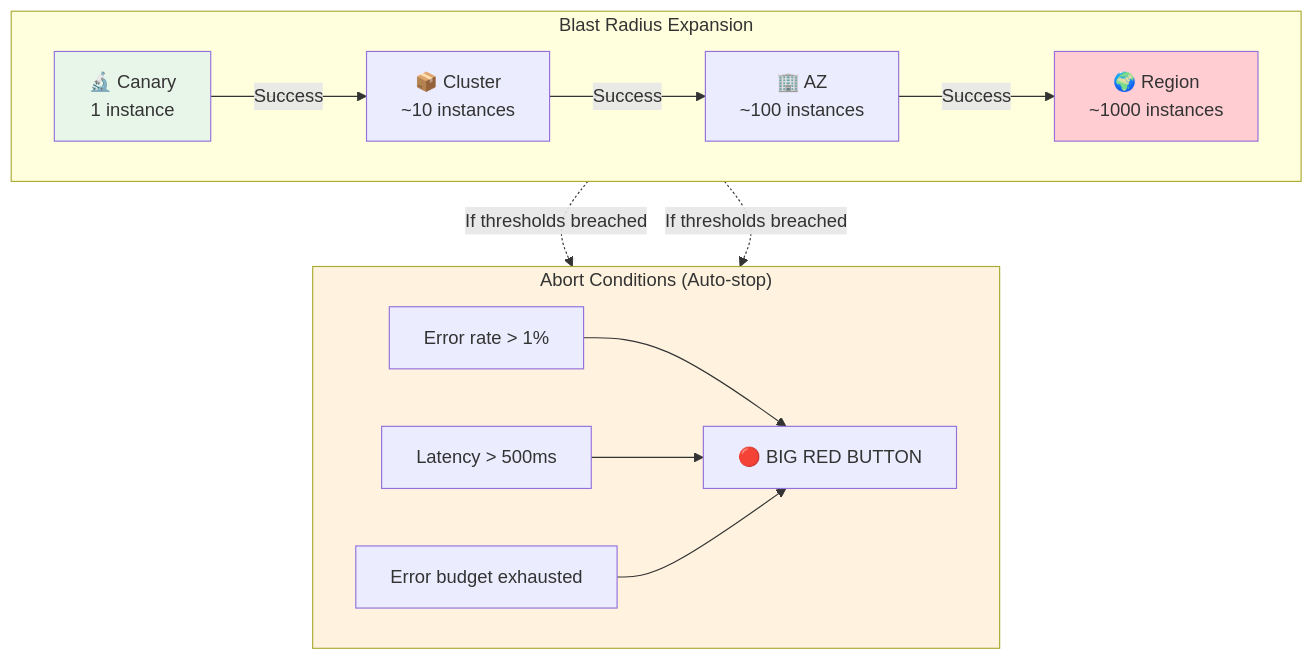
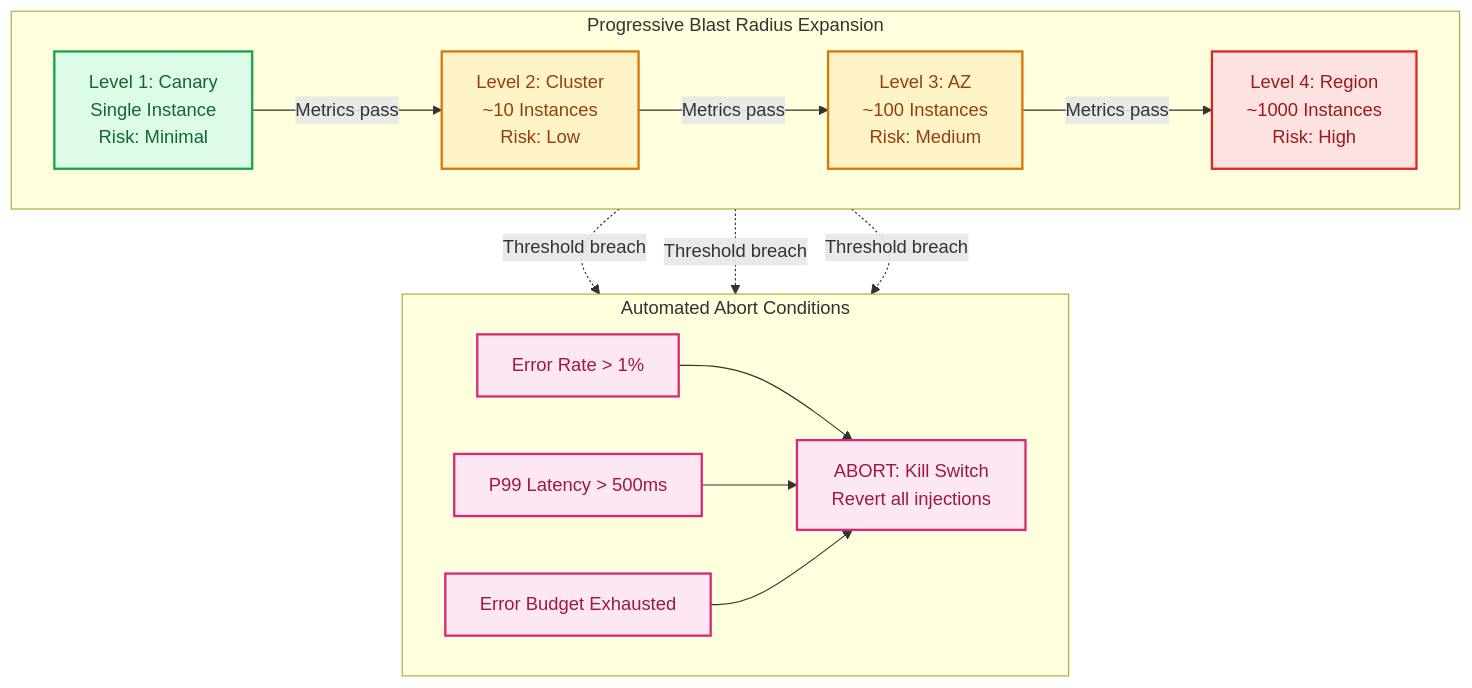
Before and after one commit to udaytamma/Cyrus: the first of 2 diagrams in gemini-responses/chaos-engineering-20260120-1301.md, drawn with Mermaid. The commit also changed other lines of this file and 28 other files, not shown here.

First line of the commit message:
Upgrade Knowledge Base Mermaid diagrams to professional styling

````diff
--- a/gemini-responses/chaos-engineering-20260120-1301.md
+++ b/gemini-responses/chaos-engineering-20260120-1301.md
@@ -51,30 +51,39 @@
 ```mermaid
 flowchart TB
-    subgraph BlastRadius["Blast Radius Expansion"]
+    subgraph BlastRadius["Progressive Blast Radius Expansion"]
         direction LR
-        L1["🔬 Canary<br/>1 instance"]
-        L2["📦 Cluster<br/>~10 instances"]
-        L3["🏢 AZ<br/>~100 instances"]
-        L4["🌍 Region<br/>~1000 instances"]
+        L1["Level 1: Canary<br/>Single Instance<br/>Risk: Minimal"]
+        L2["Level 2: Cluster<br/>~10 Instances<br/>Risk: Low"]
+        L3["Level 3: AZ<br/>~100 Instances<br/>Risk: Medium"]
+        L4["Level 4: Region<br/>~1000 Instances<br/>Risk: High"]
 
-        L1 -->|"Success"| L2 -->|"Success"| L3 -->|"Success"| L4
+        L1 -->|"Metrics pass"| L2
+        L2 -->|"Metrics pass"| L3
+        L3 -->|"Metrics pass"| L4
     end
 
-    subgraph AbortGate["Abort Conditions (Auto-stop)"]
-        A1["Error rate > 1%"]
-        A2["Latency > 500ms"]
-        A3["Error budget exhausted"]
-        RedButton["🔴 BIG RED BUTTON"]
+    subgraph AbortGate["Automated Abort Conditions"]
+        A1["Error Rate > 1%"]
+        A2["P99 Latency > 500ms"]
+        A3["Error Budget Exhausted"]
+        RedButton["ABORT: Kill Switch<br/>Revert all injections"]
 
         A1 --> RedButton
         A2 --> RedButton
         A3 --> RedButton
     end
 
-    L2 -.->|"If thresholds breached"| AbortGate
-    L3 -.->|"If thresholds breached"| AbortGate
+    L2 -.->|"Threshold breach"| AbortGate
+    L3 -.->|"Threshold breach"| AbortGate
+    L4 -.->|"Threshold breach"| AbortGate
 
-    style L1 fill:#e8f5e9
-    style L4 fill:#ffcdd2
-    style AbortGate fill:#fff3e0
+    classDef safe fill:#dcfce7,stroke:#16a34a,color:#166534,stroke-width:2px
+    classDef medium fill:#fef3c7,stroke:#d97706,color:#92400e,stroke-width:2px
+    classDef high fill:#fee2e2,stroke:#dc2626,color:#991b1b,stroke-width:2px
+    classDef abort fill:#fce7f3,stroke:#db2777,color:#9d174d,stroke-width:2px
+
+    class L1 safe
+    class L2,L3 medium
+    class L4 high
+    class A1,A2,A3,RedButton abort
 ```
````
